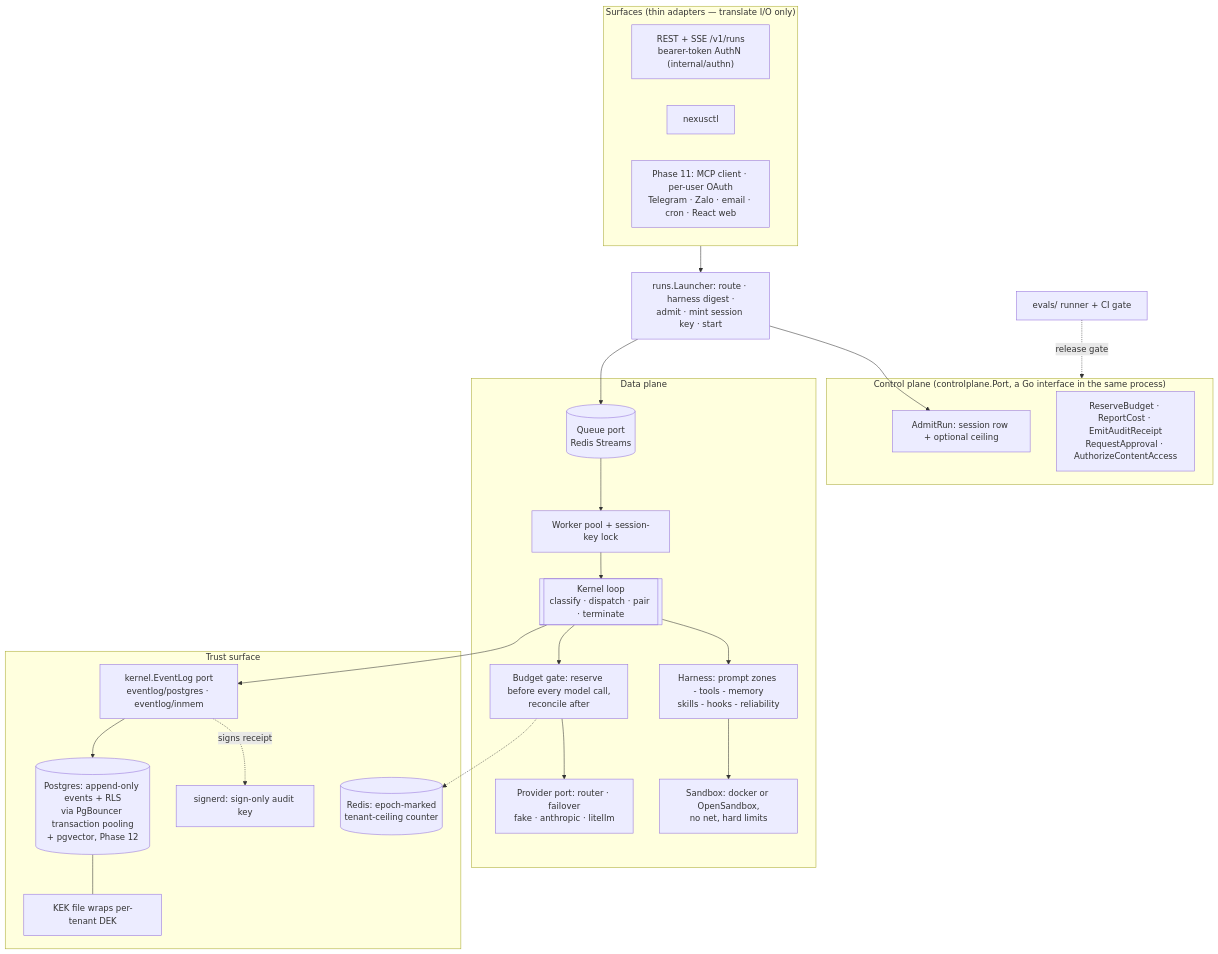
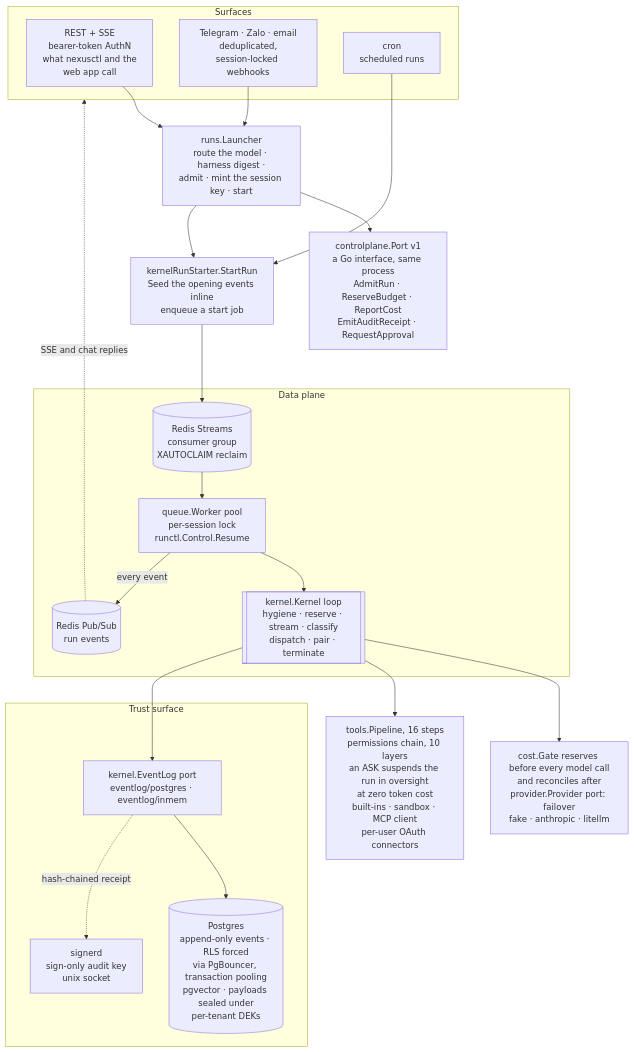
One commit to truongpx396/nexus-agent-demo changed the diagram in README.md. Above: the diagram before and after it, drawn with Mermaid. The commit also changed other lines of this file, not shown here.

````diff
--- a/README.md
+++ b/README.md
@@ -329,45 +83,41 @@
 ```mermaid
 flowchart TB
-    subgraph Surfaces["Surfaces (thin adapters — translate I/O only)"]
-        REST["REST + SSE /v1/runs<br/>bearer-token AuthN (internal/authn)"]
-        CLI[nexusctl]
-        EXT["Phase 11: MCP client · per-user OAuth<br/>Telegram · Zalo · email · cron · React web"]
+    subgraph surfaces_sg["Surfaces"]
+        REST["REST + SSE<br/>bearer-token AuthN<br/>what nexusctl and the<br/>web app call"]
+        Chat["Telegram · Zalo · email<br/>deduplicated,<br/>session-locked webhooks"]
+        Cron["cron<br/>scheduled runs"]
     end
 
-    LA["runs.Launcher: route · harness digest ·<br/>admit · mint session key · start"]
+    Launcher["runs.Launcher<br/>route the model · harness digest ·<br/>admit · mint the session key · start"]
+    CP["controlplane.Port v1<br/>a Go interface, same process<br/>AdmitRun · ReserveBudget · ReportCost<br/>EmitAuditReceipt · RequestApproval"]
+    Starter["kernelRunStarter.StartRun<br/>Seed the opening events inline<br/>enqueue a start job"]
 
-    subgraph CP["Control plane (controlplane.Port, a Go interface in the same process)"]
-        Adm["AdmitRun: session row + optional ceiling"]
-        Ctl["ReserveBudget · ReportCost · EmitAuditReceipt<br/>RequestApproval · AuthorizeContentAccess"]
+    REST --> Launcher
+    Chat --> Launcher
+    Launcher --> CP
+    Launcher --> Starter
+    Cron --> Starter
+
+    subgraph dp_sg["Data plane"]
+        Queue[("Redis Streams<br/>consumer group<br/>XAUTOCLAIM reclaim")]
+        Worker["queue.Worker pool<br/>per-session lock<br/>runctl.Control.Resume"]
+        Kernel[["kernel.Kernel loop<br/>hygiene · reserve · stream · classify<br/>dispatch · pair · terminate"]]
+        Bus[("Redis Pub/Sub<br/>run events")]
     end
+    Starter --> Queue --> Worker --> Kernel
+    Worker -->|every event| Bus
+    Bus -.->|SSE and chat replies| surfaces_sg
 
-    subgraph DP["Data plane"]
-        Q[("Queue port<br/>Redis Streams")]
-        W["Worker pool + session-key lock"]
-        K[["Kernel loop<br/>classify · dispatch · pair · terminate"]]
-        BG["Budget gate: reserve before every model call,<br/>reconcile after"]
-        P["Provider port: router · failover<br/>fake · anthropic · litellm"]
-        H["Harness: prompt zones - tools - memory<br/>skills - hooks - reliability"]
-        SB["Sandbox: docker or OpenSandbox,<br/>no net, hard limits"]
+    Model["cost.Gate reserves before every model call<br/>and reconciles after<br/>provider.Provider port: failover<br/>fake · anthropic · litellm"]
+    Tools["tools.Pipeline, 16 steps<br/>permissions chain, 10 layers<br/>an ASK suspends the run in oversight<br/>at zero token cost<br/>built-ins · sandbox · MCP client<br/>per-user OAuth connectors"]
+    Kernel --> Model
+    Kernel --> Tools
+
+    subgraph trust_sg["Trust surface"]
+        EL["kernel.EventLog port<br/>eventlog/postgres · eventlog/inmem"]
+        PG[("Postgres<br/>append-only events · RLS forced<br/>via PgBouncer, transaction pooling<br/>pgvector · payloads sealed under<br/>per-tenant DEKs")]
+        SD["signerd<br/>sign-only audit key<br/>unix socket"]
     end
-
-    subgraph Trust["Trust surface"]
-        EL["kernel.EventLog port<br/>eventlog/postgres · eventlog/inmem"]
-        PG[("Postgres: append-only events + RLS<br/>via PgBouncer transaction pooling<br/>+ pgvector, Phase 12")]
-        SD["signerd: sign-only audit key"]
-        KEK["KEK file wraps per-tenant DEK"]
-        RC[("Redis: epoch-marked<br/>tenant-ceiling counter")]
-    end
-
-    Surfaces --> LA
-    LA --> Adm
-    LA --> Q
-    Q --> W --> K
-    K --> BG --> P
-    K --> H --> SB
-    BG -.-> RC
-    K --> EL --> PG
-    EL -. signs receipt .-> SD
-    PG --- KEK
-    EV["evals/ runner + CI gate"] -.release gate.-> CP
+    Kernel --> EL --> PG
+    EL -.->|hash-chained receipt| SD
 ```
````
